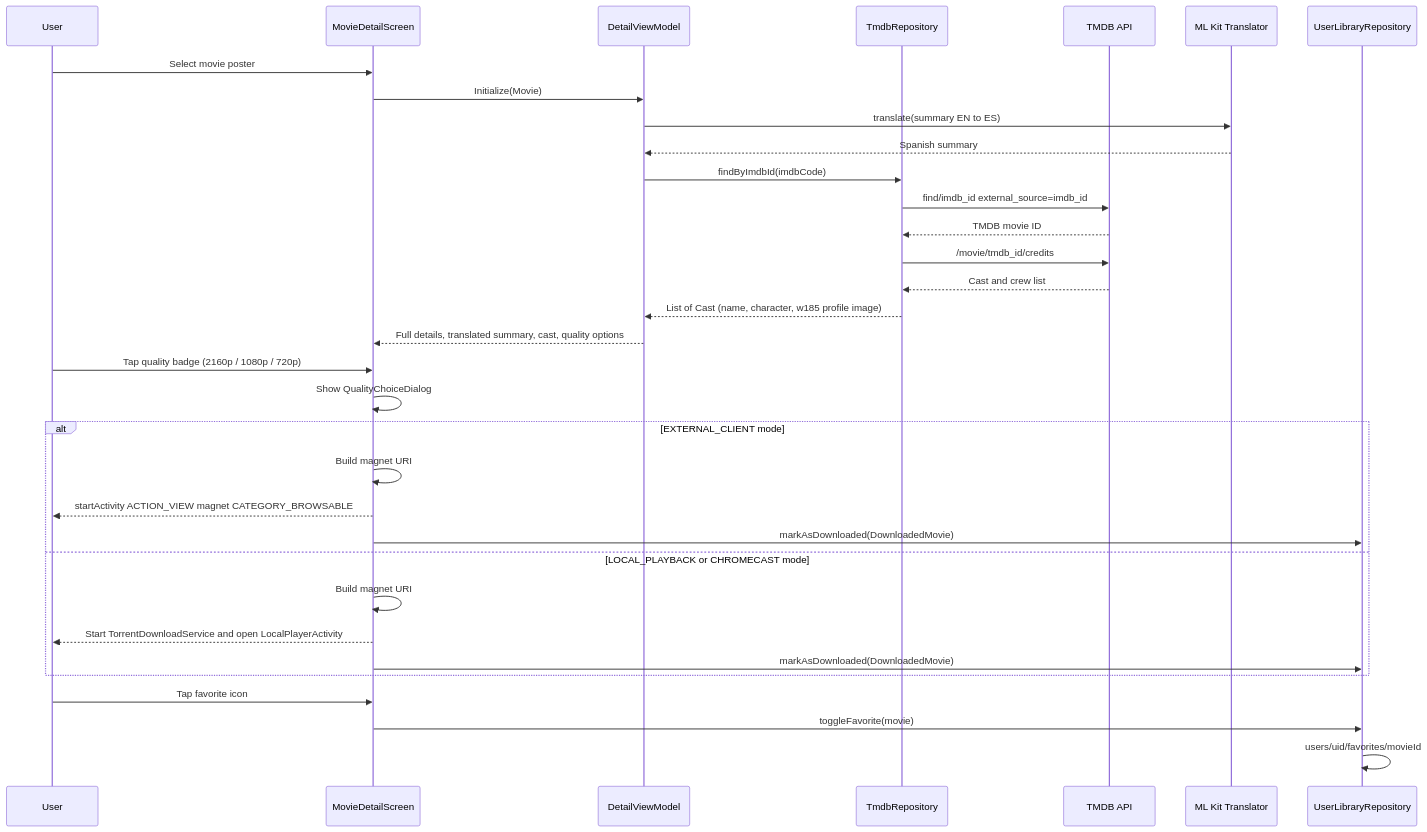
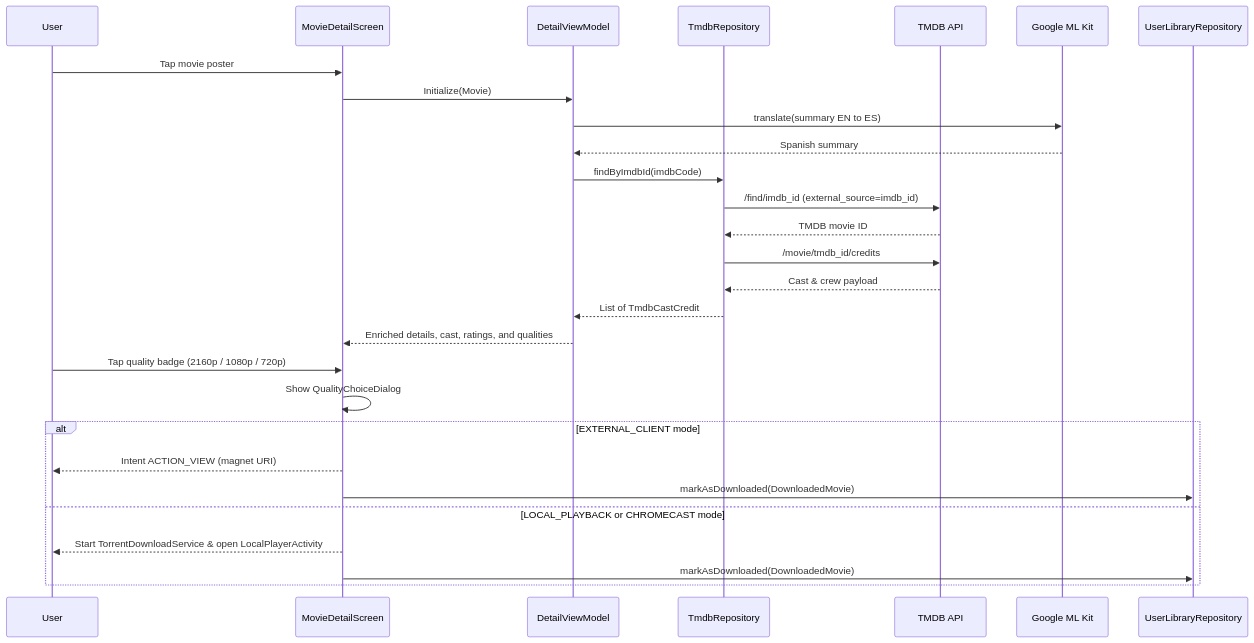
The third of 15 diagrams in ARCHITECTURE.md (martinrevert/LaTorrentola), drawn with Mermaid before and after one commit. The commit also changed other lines of this file and 2 other files, not shown here.

````diff
--- a/ARCHITECTURE.md
+++ b/ARCHITECTURE.md
@@ -261,36 +447,31 @@
 ```mermaid
 sequenceDiagram
     participant U as User
     participant DS as MovieDetailScreen
     participant VM as DetailViewModel
     participant TR as TmdbRepository
     participant TMDB as TMDB API
-    participant MLK as ML Kit Translator
+    participant MLK as Google ML Kit
     participant UREP as UserLibraryRepository
 
-    U->>DS: Select movie poster
+    U->>DS: Tap movie poster
     DS->>VM: Initialize(Movie)
     VM->>MLK: translate(summary EN to ES)
     MLK-->>VM: Spanish summary
     VM->>TR: findByImdbId(imdbCode)
-    TR->>TMDB: find/imdb_id external_source=imdb_id
+    TR->>TMDB: /find/imdb_id (external_source=imdb_id)
     TMDB-->>TR: TMDB movie ID
     TR->>TMDB: /movie/tmdb_id/credits
-    TMDB-->>TR: Cast and crew list
-    TR-->>VM: List of Cast (name, character, w185 profile image)
-    VM-->>DS: Full details, translated summary, cast, quality options
+    TMDB-->>TR: Cast & crew payload
+    TR-->>VM: List of TmdbCastCredit
+    VM-->>DS: Enriched details, cast, ratings, and qualities
     U->>DS: Tap quality badge (2160p / 1080p / 720p)
     DS->>DS: Show QualityChoiceDialog
     alt EXTERNAL_CLIENT mode
-        DS->>DS: Build magnet URI
-        DS-->>U: startActivity ACTION_VIEW magnet CATEGORY_BROWSABLE
+        DS-->>U: Intent ACTION_VIEW (magnet URI)
         DS->>UREP: markAsDownloaded(DownloadedMovie)
     else LOCAL_PLAYBACK or CHROMECAST mode
-        DS->>DS: Build magnet URI
-        DS-->>U: Start TorrentDownloadService and open LocalPlayerActivity
+        DS-->>U: Start TorrentDownloadService & open LocalPlayerActivity
         DS->>UREP: markAsDownloaded(DownloadedMovie)
     end
-    U->>DS: Tap favorite icon
-    DS->>UREP: toggleFavorite(movie)
-    UREP->>UREP: users/uid/favorites/movieId
 ```
````
